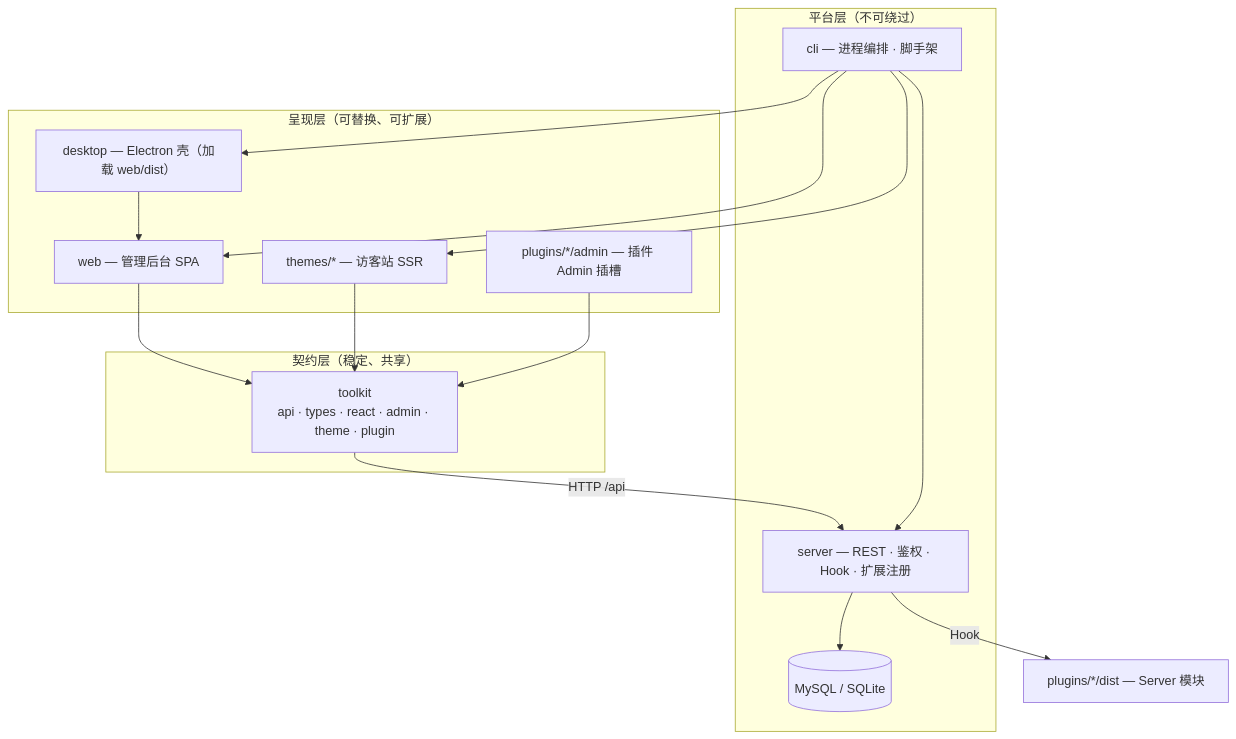
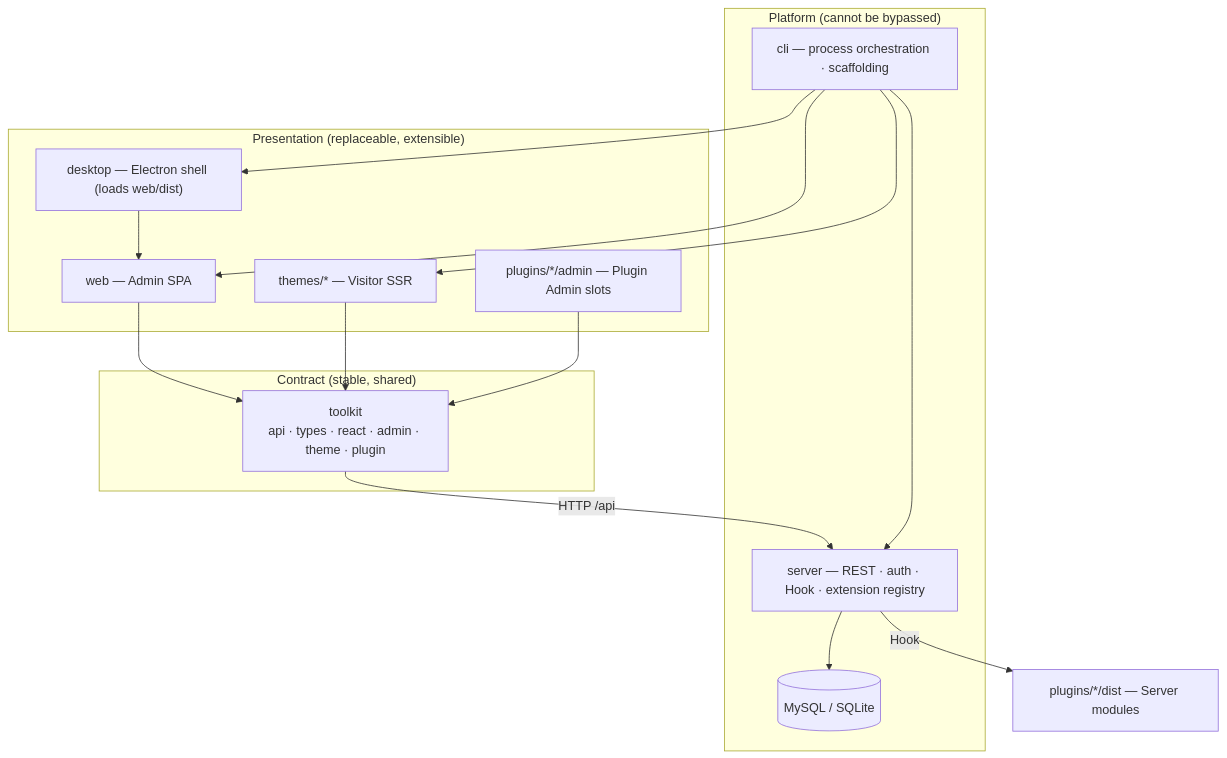
One commit to fecommunity/reactpress changed the first of 8 diagrams in ARCHITECTURE.md. Above: the diagram before and after it, drawn with Mermaid. The commit also changed other lines of this file and 4 other files, not shown here.

Commit message:
docs: merge design.md into ARCHITECTURE.md, update content structure and enhance clarity for ReactPress 4.0 documentation

````diff
--- a/ARCHITECTURE.md
+++ b/ARCHITECTURE.md
@@ -33,31 +64,31 @@
 ```mermaid
 flowchart TB
-  subgraph Presentation["呈现层（可替换、可扩展）"]
-    Web["web — 管理后台 SPA"]
-    Desktop["desktop — Electron 壳（加载 web/dist）"]
-    Theme["themes/* — 访客站 SSR"]
-    PluginUI["plugins/*/admin — 插件 Admin 插槽"]
+  subgraph Presentation["Presentation (replaceable, extensible)"]
+    Web["web — Admin SPA"]
+    Desktop["desktop — Electron shell (loads web/dist)"]
+    Theme["themes/* — Visitor SSR"]
+    PluginUI["plugins/*/admin — Plugin Admin slots"]
   end
 
-  subgraph Contract["契约层（稳定、共享）"]
+  subgraph Contract["Contract (stable, shared)"]
     Toolkit["toolkit<br/>api · types · react · admin · theme · plugin"]
   end
 
-  subgraph Platform["平台层（不可绕过）"]
-    Server["server — REST · 鉴权 · Hook · 扩展注册"]
-    CLI["cli — 进程编排 · 脚手架"]
+  subgraph Platform["Platform (cannot be bypassed)"]
+    Server["server — REST · auth · Hook · extension registry"]
+    CLI["cli — process orchestration · scaffolding"]
     DB[(MySQL / SQLite)]
   end
 
   Web --> Toolkit
   Desktop --> Web
   Theme --> Toolkit
   PluginUI --> Toolkit
   Toolkit -->|HTTP /api| Server
-  Server -->|Hook| PluginServer["plugins/*/dist — Server 模块"]
+  Server -->|Hook| PluginServer["plugins/*/dist — Server modules"]
   Server --> DB
   CLI --> Web
   CLI --> Theme
   CLI --> Server
   CLI --> Desktop
 ```
````
